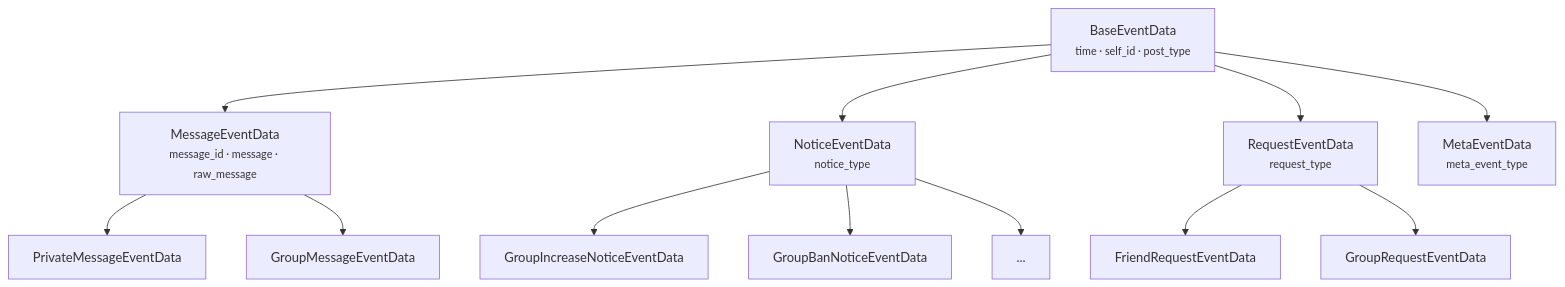
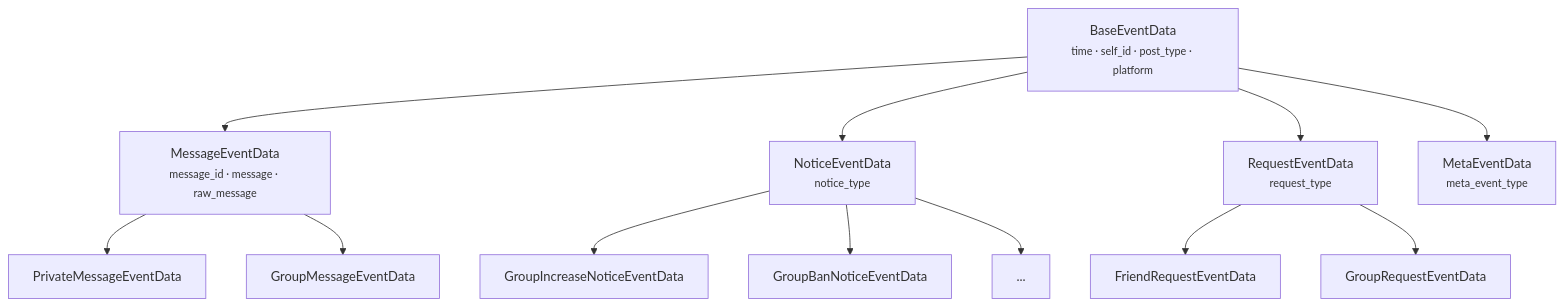
Before and after one commit to Sparrived/ncatbot: the fourth of 16 diagrams in docs/architecture.md, drawn with Mermaid. The commit also changed other lines of this file and 91 other files, not shown here.

````diff
--- a/docs/architecture.md
+++ b/docs/architecture.md
@@ -298,23 +299,23 @@
 ```mermaid
 graph TB
-    Base["BaseEventData<br/><small>time · self_id · post_type</small>"]
+    Base["BaseEventData<br/><small>time · self_id · post_type · platform</small>"]
     Msg["MessageEventData<br/><small>message_id · message · raw_message</small>"]
     Notice["NoticeEventData<br/><small>notice_type</small>"]
     Request["RequestEventData<br/><small>request_type</small>"]
     Meta["MetaEventData<br/><small>meta_event_type</small>"]
 
     Base --> Msg
     Base --> Notice
     Base --> Request
     Base --> Meta
 
     Msg --> PrivMsg["PrivateMessageEventData"]
     Msg --> GrpMsg["GroupMessageEventData"]
 
     Notice --> GrpInc["GroupIncreaseNoticeEventData"]
     Notice --> GrpBan["GroupBanNoticeEventData"]
     Notice --> More1["..."]
 
     Request --> FriendReq["FriendRequestEventData"]
     Request --> GroupReq["GroupRequestEventData"]
 ```
````
